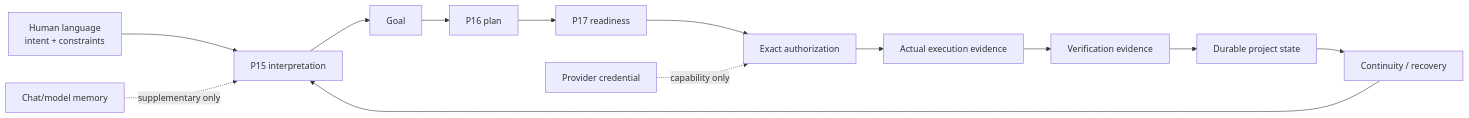
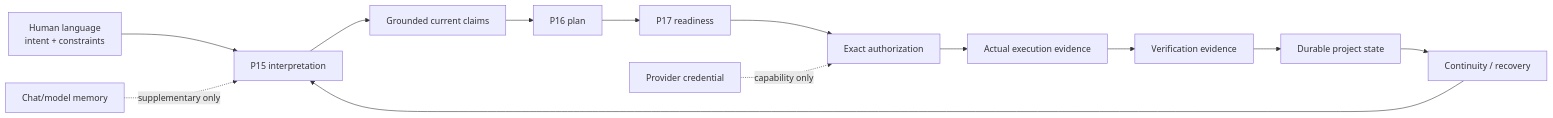
The second of 5 diagrams in docs/DEVOS-MASTER-ENGINEERING-MAP.md (zzpsah/chatgpt-development-os), drawn with Mermaid before and after one commit. The commit also changed other lines of this file and 1 other file, not shown here.

````diff
--- a/docs/DEVOS-MASTER-ENGINEERING-MAP.md
+++ b/docs/DEVOS-MASTER-ENGINEERING-MAP.md
@@ -110,15 +111,15 @@
 ```mermaid
 flowchart LR
     N[Human language<br/>intent + constraints] --> I[P15 interpretation]
-    I --> G[Goal]
+    I --> G[Grounded current claims]
     G --> P[P16 plan]
     P --> R[P17 readiness]
     R --> A[Exact authorization]
     A --> X[Actual execution evidence]
     X --> V[Verification evidence]
     V --> D[Durable project state]
     D --> C[Continuity / recovery]
     C --> I
     K[Provider credential] -. capability only .-> A
     M[Chat/model memory] -. supplementary only .-> I
 ```
````
